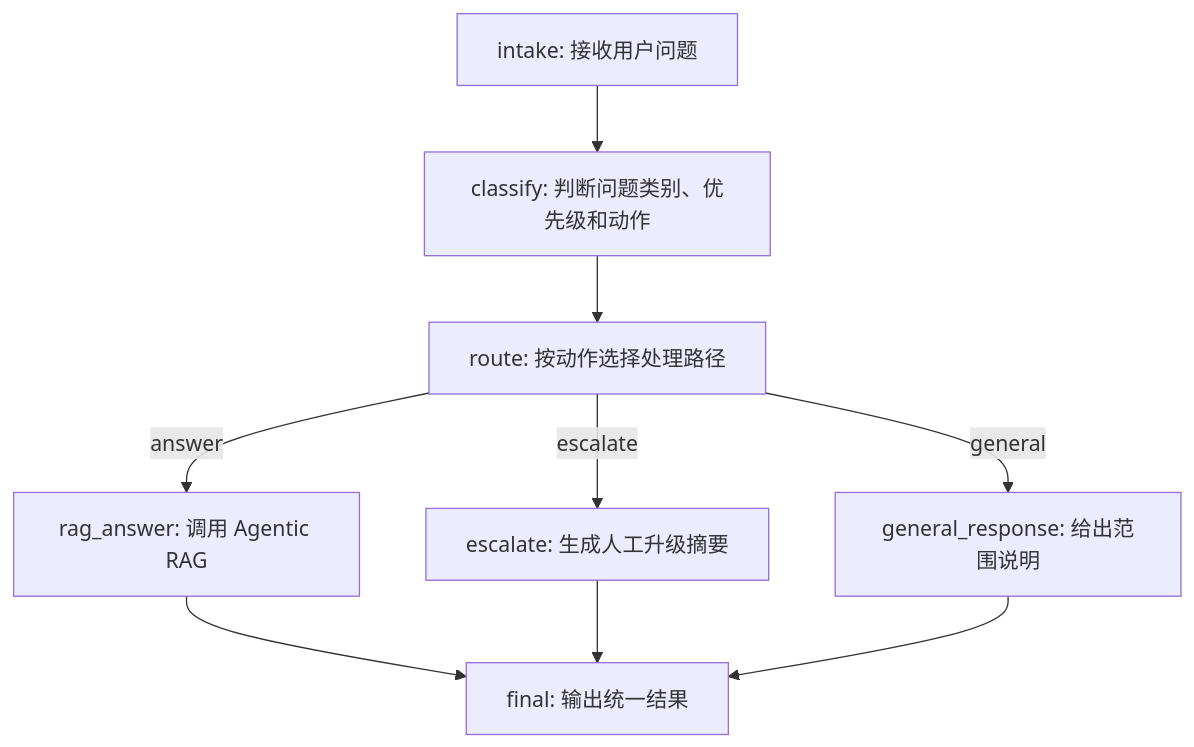
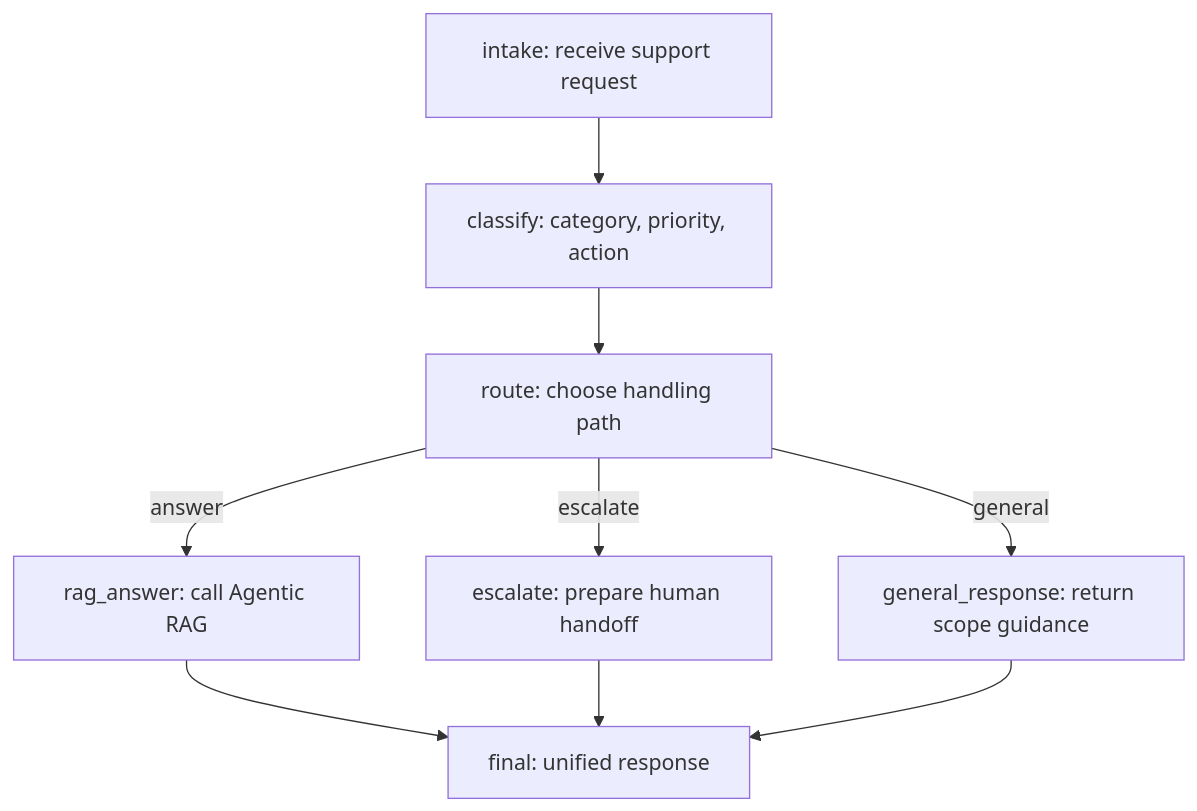
Before and after one commit to biyongjie38-create/Support-Copilot: the diagram in README.md, drawn with Mermaid. The commit also changed other lines of this file, not shown here.

````diff
--- a/README.md
+++ b/README.md
@@ -12,11 +23,11 @@
 ```mermaid
 flowchart TD
-    intake["intake: 接收用户问题"] --> classify["classify: 判断问题类别、优先级和动作"]
-    classify --> route["route: 按动作选择处理路径"]
-    route -->|answer| rag_answer["rag_answer: 调用 Agentic RAG"]
-    route -->|escalate| escalate["escalate: 生成人工升级摘要"]
-    route -->|general| general_response["general_response: 给出范围说明"]
-    rag_answer --> final["final: 输出统一结果"]
+    intake["intake: receive support request"] --> classify["classify: category, priority, action"]
+    classify --> route["route: choose handling path"]
+    route -->|answer| rag_answer["rag_answer: call Agentic RAG"]
+    route -->|escalate| escalate["escalate: prepare human handoff"]
+    route -->|general| general_response["general_response: return scope guidance"]
+    rag_answer --> final["final: unified response"]
     escalate --> final
     general_response --> final
 ```
````
